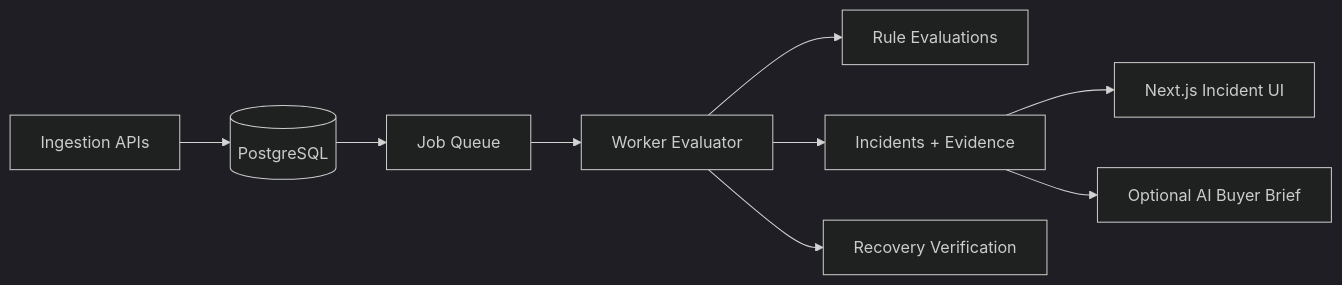
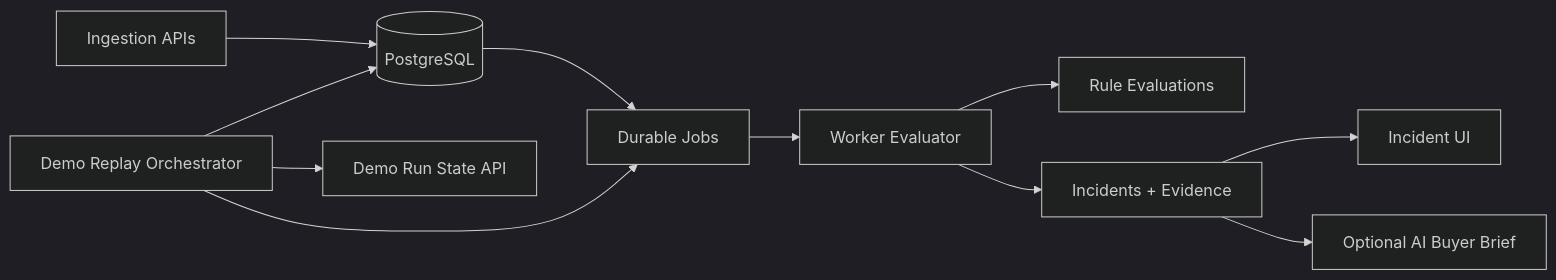
One commit to dev-dominick/catchdrift changed the diagram in README.md. Above: the diagram before and after it, drawn with Mermaid (dark theme). The commit also changed other lines of this file and 29 other files, not shown here.

Commit message:
Complete contest readiness: async replay, concurrency contracts, UX IA, and verification

````diff
--- a/README.md
+++ b/README.md
@@ -81,11 +94,13 @@
 ```mermaid
 flowchart LR
   A[Ingestion APIs] --> B[(PostgreSQL)]
-  B --> C[Job Queue]
+  B --> C[Durable Jobs]
   C --> D[Worker Evaluator]
   D --> E[Rule Evaluations]
   D --> F[Incidents + Evidence]
-  D --> G[Recovery Verification]
-  F --> H[Next.js Incident UI]
-  F --> I[Optional AI Buyer Brief]
+  F --> G[Incident UI]
+  F --> H[Optional AI Buyer Brief]
+  I[Demo Replay Orchestrator] --> B
+  I --> C
+  I --> J[Demo Run State API]
 ```
````
